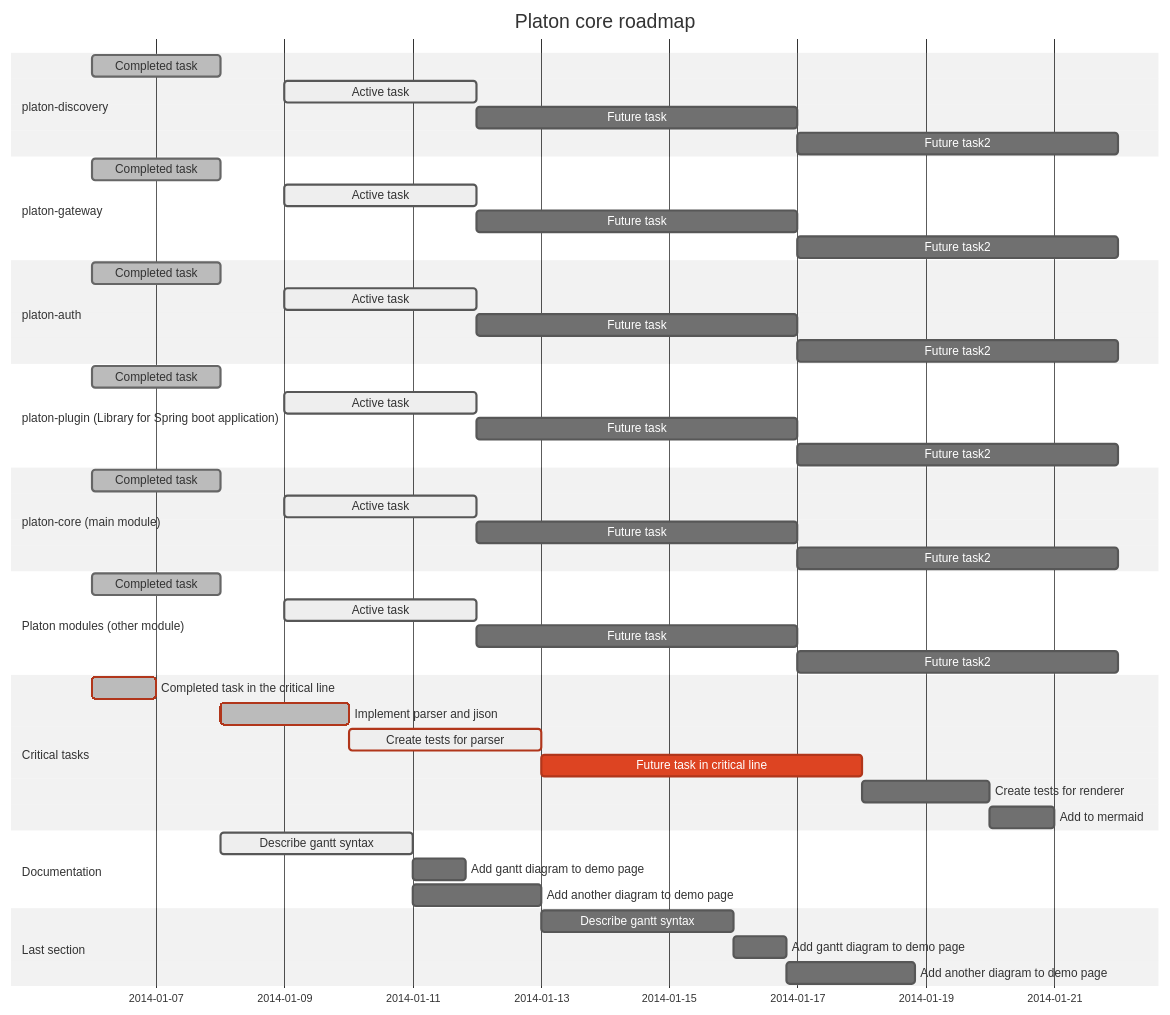
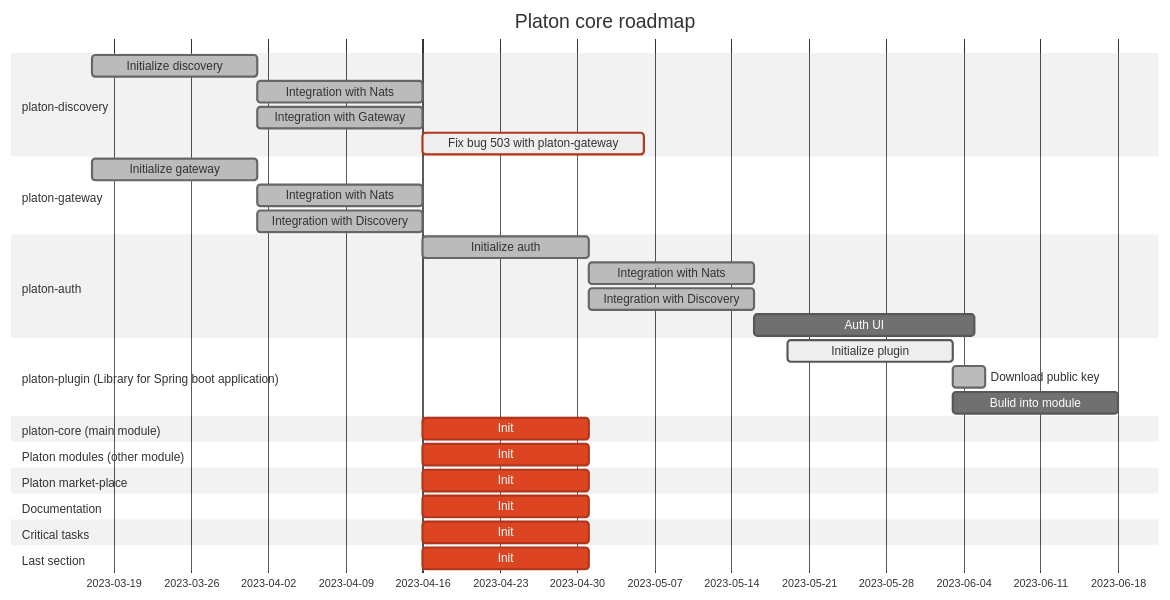
One commit to Kamoliddin9798/platon-gantt changed the diagram in README.md. Above: the diagram before and after it, drawn with Mermaid (neutral theme).

````diff
--- a/README.md
+++ b/README.md
@@ -5,59 +5,47 @@
 ```mermaid
 gantt
        dateFormat  YYYY-MM-DD
        title Platon core roadmap
 
        section platon-discovery
-       Completed task            :done,    des1, 2014-01-06,2014-01-08
-       Active task               :active,  des2, 2014-01-09, 3d
-       Future task               :         des3, after des2, 5d
-       Future task2              :         des4, after des3, 5d
+       Initialize discovery                :done,    pd1, 2023-03-17, 15d
+       Integration with Nats               :done,    pd2, after pd1, 15d
+       Integration with Gateway            :done,    pd3, after pg1, 15d
+       Fix bug 503 with platon-gateway     :active,  crit, after pd3, 20d
        
        section platon-gateway
-       Completed task            :done,    des1, 2014-01-06,2014-01-08
-       Active task               :active,  des2, 2014-01-09, 3d
-       Future task               :         des3, after des2, 5d
-       Future task2              :         des4, after des3, 5d
+       Initialize gateway                 :done,    pg1, 2023-03-17, 15d
+       Integration with Nats              :done,    pg2, after pg1, 15d
+       Integration with Discovery         :done,    pg3, after pd1, 15d
        
        section platon-auth
-       Completed task            :done,    des1, 2014-01-06,2014-01-08
-       Active task               :active,  des2, 2014-01-09, 3d
-       Future task               :         des3, after des2, 5d
-       Future task2              :         des4, after des3, 5d
+       Initialize auth                    :done,    pa1, after pg3, 15d
+       Integration with Nats              :done,    pa2, after pa1, 15d
+       Integration with Discovery         :done,    pa3, after pa1, 15d
+       Auth UI                            :         after pa3, 20d
        
        section platon-plugin (Library for Spring boot application)
-       Completed task            :done,    des1, 2014-01-06,2014-01-08
-       Active task               :active,  des2, 2014-01-09, 3d
-       Future task               :         des3, after des2, 5d
-       Future task2              :         des4, after des3, 5d
+       Initialize plugin         :active,   pp1, 2023-05-19, 15d
+       Download public key       :done,     pp2, after pp1, 3d
+       Bulid into module         :          after pp1, 15d
        
        section platon-core (main module)
-       Completed task            :done,    des1, 2014-01-06,2014-01-08
-       Active task               :active,  des2, 2014-01-09, 3d
-       Future task               :         des3, after des2, 5d
-       Future task2              :         des4, after des3, 5d
+       Init                      :crit,    pa1, after pg3, 15d
+
+       section Platon modules (other module)
+       Init                      :crit,    pa1, after pg3, 15d 
        
-       section Platon modules (other module)
-       Completed task            :done,    des1, 2014-01-06,2014-01-08
-       Active task               :active,  des2, 2014-01-09, 3d
-       Future task               :         des3, after des2, 5d
-       Future task2              :         des4, after des3, 5d
+       section Platon market-place
+       Init                      :crit,    pa1, after pg3, 15d 
+       
+       section Documentation
+       Init                      :crit,    pa1, after pg3, 15d 
 
        section Critical tasks
-       Completed task in the critical line :crit, done, 2014-01-06,24h
-       Implement parser and jison          :crit, done, after des1, 2d
-       Create tests for parser             :crit, active, 3d
-       Future task in critical line        :crit, 5d
-       Create tests for renderer           :2d
-       Add to mermaid                      :1d
-
-       section Documentation
-       Describe gantt syntax               :active, a1, after des1, 3d
-       Add gantt diagram to demo page      :after a1  , 20h
-       Add another diagram to demo page    :doc1, after a1  , 48h
+       Init                      :crit,    pa1, after pg3, 15d 
 
        section Last section
-       Describe gantt syntax               :after doc1, 3d
-       Add gantt diagram to demo page      :20h
-       Add another diagram to demo page    :48h
+       Init                      :crit,    pa1, after pg3, 15d 
+
+      
    ```
````
